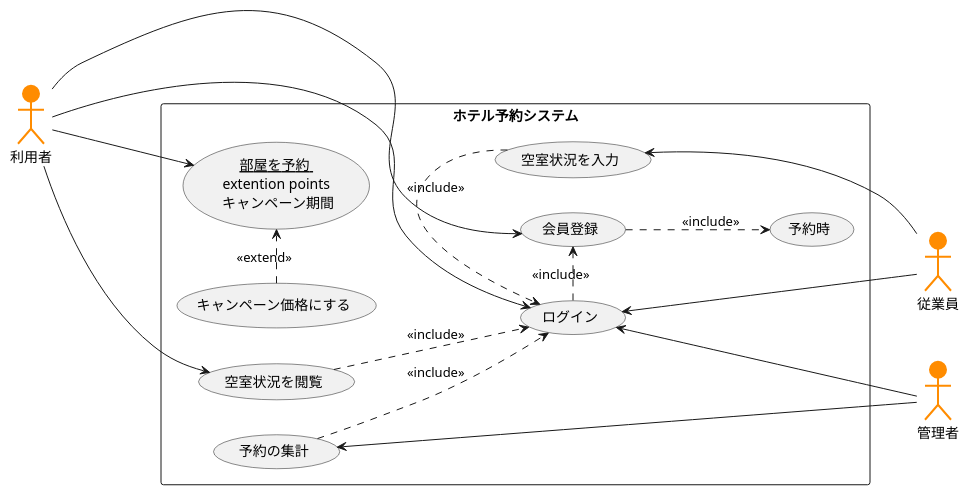
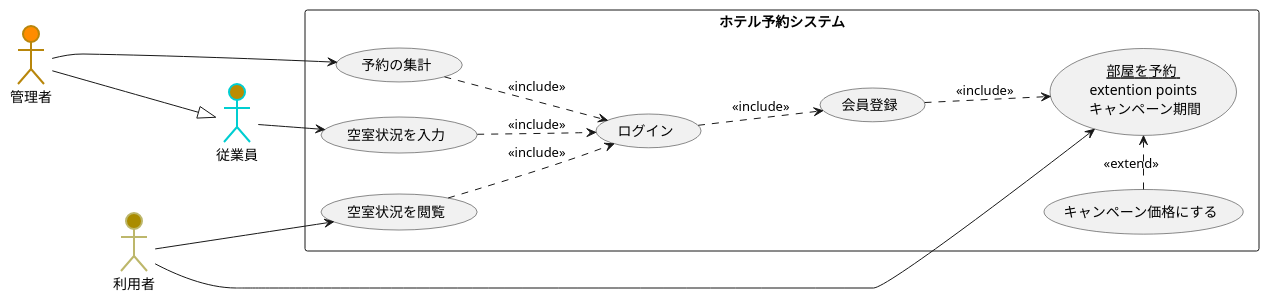
The diagram in 第二章/【提出】演習2-8_UC_ホテル予約システム.pu (milky326/uml-introduction), drawn with PlantUML before and after one commit.

Commit message:
演習2-8

```diff
--- a/第二章/【提出】演習2-8_UC_ホテル予約システム.pu
+++ b/第二章/【提出】演習2-8_UC_ホテル予約システム.pu
@@ -1,30 +1,26 @@
 @startuml ユースケース図
 left to right direction
-actor 利用者 #ff8c00;line:Darkorange;line.bold;
-actor 従業員 #ff8c00;line:Darkorange;line.bold;
-actor 管理者 #ff8c00;line:Darkorange;line.bold;
+actor 利用者 #AA8c00;line:DarkKhaki;line.bold;
+actor 従業員 #BB8c00;line:DarkTurquoise;line.bold;
+actor 管理者 #ff8c00;line:DarkGoldenRod;line.bold;
 rectangle ホテル予約システム{
 usecase 空室状況を閲覧
 usecase (<u>部屋を予約<u> \n extention points \n キャンペーン期間) as input
 usecase 空室状況を入力
 usecase 予約の集計
 usecase 会員登録
 usecase ログイン
 usecase キャンペーン価格にする
-usecase 予約時
 }
 キャンペーン価格にする .> input: <<extend>>
-利用者 --> input
+利用者 ---> input
 利用者 ---> 空室状況を閲覧
 空室状況を閲覧 ..> ログイン: <<include>>
-空室状況を入力 <--- 従業員
-空室状況を入力 .> ログイン: <<include>>
-利用者 --> 会員登録
-利用者 ---> ログイン
-ログイン <-- 従業員
-ログイン <--- 管理者
-ログイン .> 会員登録: <<include>>
-予約の集計 <--- 管理者
+従業員 --> 空室状況を入力
+空室状況を入力 ..> ログイン: <<include>>
+ログイン ..> 会員登録: <<include>>
+管理者 -> 予約の集計
 予約の集計 ..> ログイン: <<include>>
-会員登録 ..> 予約時: <<include>>
+会員登録 ..> input: <<include>>
+管理者 ---|> 従業員
 @enduml
```
